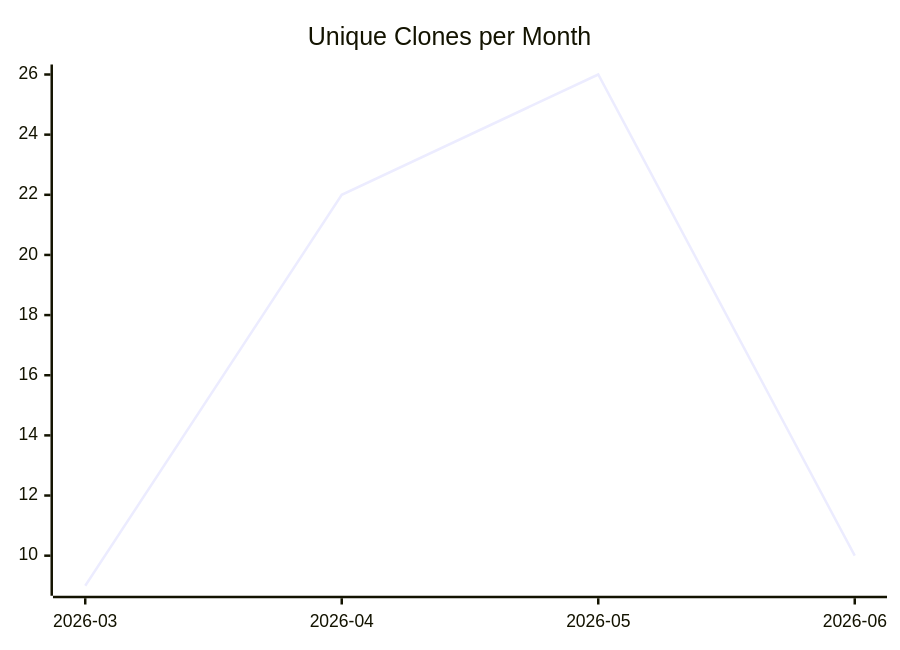
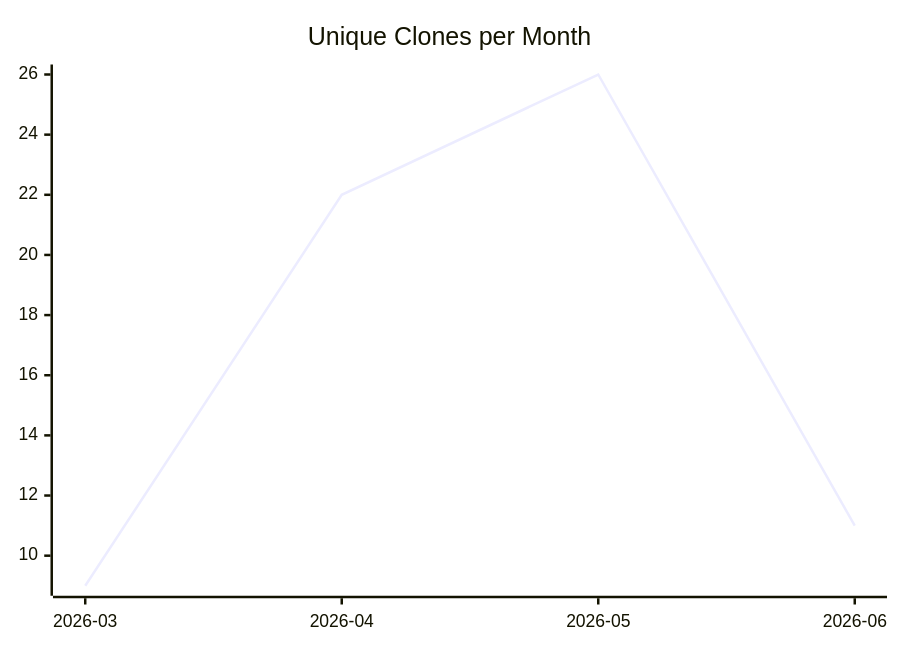
The third of 3 diagrams in karlmdavis/lego-ev3dev-rs/README.md (justdavis-family/github-analytics-data), drawn with Mermaid before and after one commit. The commit also changed other lines of this file and 195 other files, not shown here.

````diff
--- a/karlmdavis/lego-ev3dev-rs/README.md
+++ b/karlmdavis/lego-ev3dev-rs/README.md
@@ -19,6 +19,6 @@
 ```mermaid
 xychart-beta
   title "Unique Clones per Month"
   x-axis ["2026-03", "2026-04", "2026-05", "2026-06"]
-  line [9, 22, 26, 10]
+  line [9, 22, 26, 11]
 ```
````
